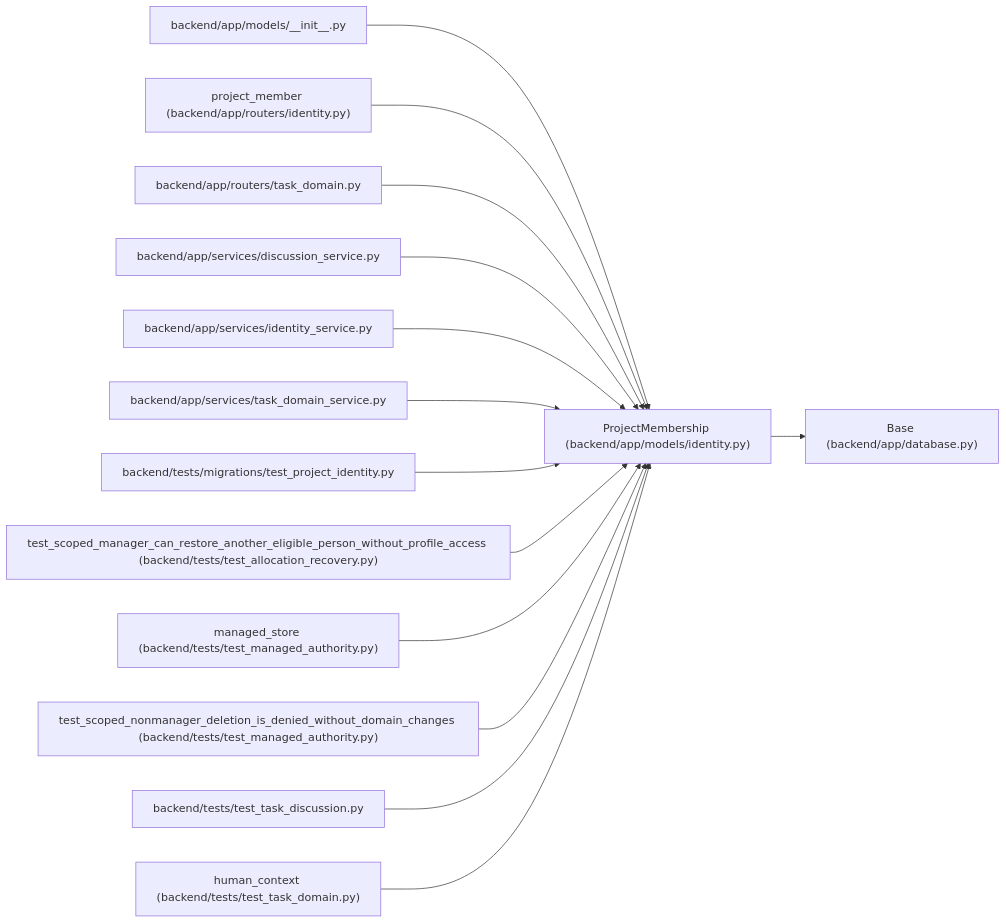
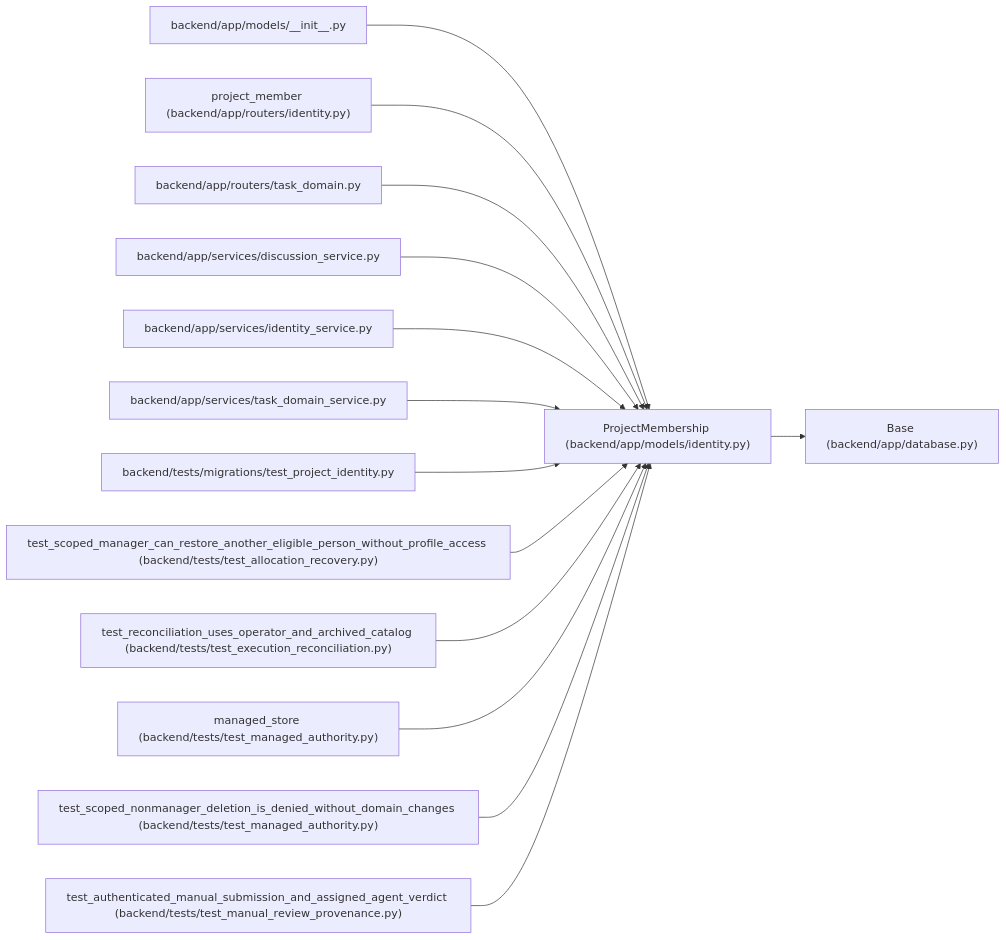
The diagram in docs/llm_wiki/entities/ProjectMembership.md (Denissvgn/WorkChord), drawn with Mermaid before and after one commit. The commit also changed other lines of this file and 2373 other files, not shown here.

Commit message:
Refresh workspace and agent review documentation

````diff
--- a/docs/llm_wiki/entities/ProjectMembership.md
+++ b/docs/llm_wiki/entities/ProjectMembership.md
@@ -28,44 +28,44 @@
 ```mermaid
 flowchart LR
     n0["ProjectMembership (backend/app/models/identity.py)"]
     n1["Base (backend/app/database.py)"]
     n2["backend/app/models/__init__.py"]
     n3["project_member (backend/app/routers/identity.py)"]
     n4["backend/app/routers/task_domain.py"]
     n5["backend/app/services/discussion_service.py"]
     n6["backend/app/services/identity_service.py"]
     n7["backend/app/services/task_domain_service.py"]
     n8["backend/tests/migrations/test_project_identity.py"]
     n9["test_scoped_manager_can_restore_another_eligible_person_without_profile_access (backend/tests/test_allocation_recovery.py)"]
-    n10["managed_store (backend/tests/test_managed_authority.py)"]
-    n11["test_scoped_nonmanager_deletion_is_denied_without_domain_changes (backend/tests/test_managed_authority.py)"]
-    n12["backend/tests/test_task_discussion.py"]
-    n13["human_context (backend/tests/test_task_domain.py)"]
+    n10["test_reconciliation_uses_operator_and_archived_catalog (backend/tests/test_execution_reconciliation.py)"]
+    n11["managed_store (backend/tests/test_managed_authority.py)"]
+    n12["test_scoped_nonmanager_deletion_is_denied_without_domain_changes (backend/tests/test_managed_authority.py)"]
+    n13["test_authenticated_manual_submission_and_assigned_agent_verdict (backend/tests/test_manual_review_provenance.py)"]
     n0 --> n1
     n2 --> n0
     n3 --> n0
     n4 --> n0
     n5 --> n0
     n6 --> n0
     n7 --> n0
     n8 --> n0
     n9 --> n0
     n10 --> n0
     n11 --> n0
     n12 --> n0
     n13 --> n0
     click n0 "../modules/models_identity.md"
     click n1 "../modules/app_database.md"
     click n2 "../modules/models___init__.md"
     click n3 "../modules/routers_identity.md"
     click n4 "../modules/routers_task_domain.md"
     click n5 "../modules/discussion_service.md"
     click n6 "../modules/identity_service.md"
     click n7 "../modules/task_domain_service.md"
     click n8 "../modules/test_project_identity.md"
     click n9 "../modules/test_allocation_recovery.md"
-    click n10 "../modules/test_managed_authority.md"
+    click n10 "../modules/test_execution_reconciliation.md"
     click n11 "../modules/test_managed_authority.md"
-    click n12 "../modules/test_task_discussion.md"
-    click n13 "../modules/test_task_domain.md"
+    click n12 "../modules/test_managed_authority.md"
+    click n13 "../modules/test_manual_review_provenance.md"
 ```
````
